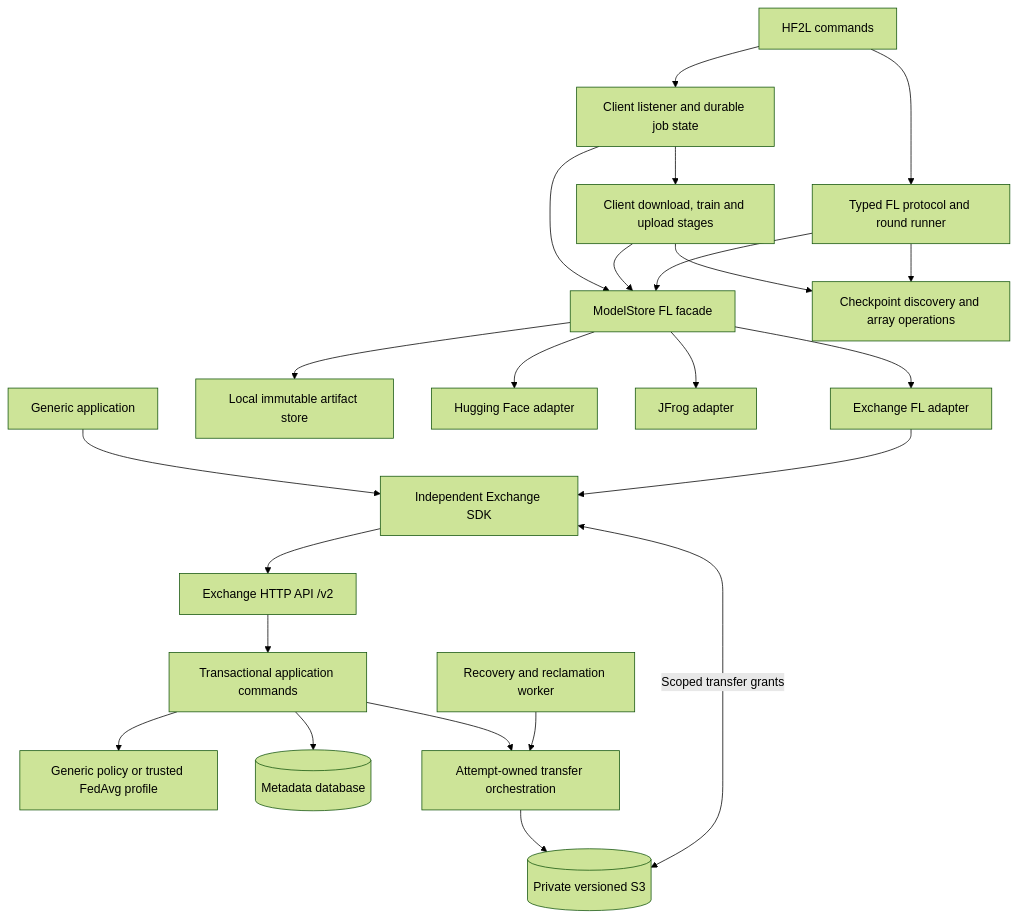
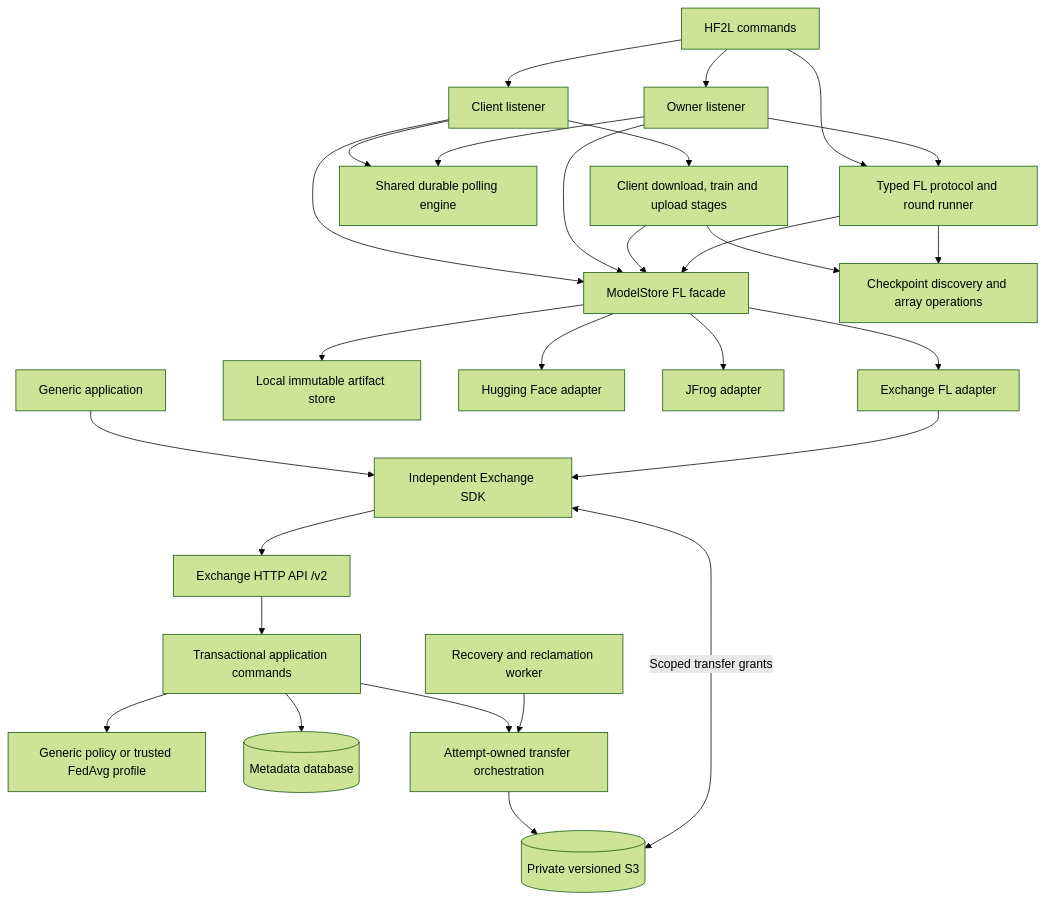
Before and after one commit to IsaacYangSLA/hf_fl: the diagram in docs/ARCHITECTURE_V3.md, drawn with Mermaid (forest theme). The commit also changed other lines of this file and 23 other files, not shown here.

Commit message:
Add shared client and FedAvg owner listeners

````diff
--- a/docs/ARCHITECTURE_V3.md
+++ b/docs/ARCHITECTURE_V3.md
@@ -102,25 +102,30 @@
 ```mermaid
 flowchart TB
     Generic[Generic application] --> SDK[Independent Exchange SDK]
     CLI[HF2L commands] --> Runner[Typed FL protocol and round runner]
-    CLI --> Listener[Client listener and durable job state]
-    Listener --> Client[Client download, train and upload stages]
-    Listener --> Port[ModelStore FL facade]
+    CLI --> ClientListener[Client listener]
+    CLI --> OwnerListener[Owner listener]
+    ClientListener --> Engine[Shared durable polling engine]
+    OwnerListener --> Engine
+    ClientListener --> Client[Client download, train and upload stages]
+    ClientListener --> Port[ModelStore FL facade]
+    OwnerListener --> Runner
+    OwnerListener --> Port
     Client --> Port
     Client --> Checkpoints[Checkpoint discovery and array operations]
     Runner --> Checkpoints[Checkpoint discovery and array operations]
     Runner --> Port[ModelStore FL facade]
     Port --> Local[Local immutable artifact store]
     Port --> HF[Hugging Face adapter]
     Port --> JFrog[JFrog adapter]
     Port --> Adapter[Exchange FL adapter]
     Adapter --> SDK
     SDK --> API[Exchange HTTP API /v2]
     API --> Commands[Transactional application commands]
     Commands --> Profiles[Generic policy or trusted FedAvg profile]
     Commands --> DB[(Metadata database)]
     Commands --> Transfers[Attempt-owned transfer orchestration]
     Worker[Recovery and reclamation worker] --> Transfers
     Transfers --> Blob[(Private versioned S3)]
     SDK <-->|Scoped transfer grants| Blob
 ```
````
